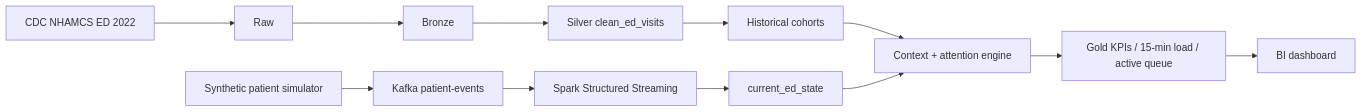
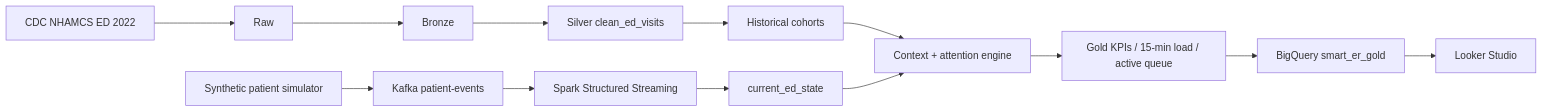
Before and after one commit to shachar-datalabs/Smart_Emergency_Room: the diagram in README.md, drawn with Mermaid. The commit also changed other lines of this file and 19 other files, not shown here.

Commit message:
feat: integrate BigQuery Gold with streaming demo

````diff
--- a/README.md
+++ b/README.md
@@ -21,14 +21,15 @@
 ```mermaid
 flowchart LR
   NH[CDC NHAMCS ED 2022] --> R[Raw]
   R --> B[Bronze]
   B --> S[Silver clean_ed_visits]
   S --> C[Historical cohorts]
   SIM[Synthetic patient simulator] --> K[Kafka patient-events]
   K --> SP[Spark Structured Streaming]
   SP --> ST[current_ed_state]
   C --> CE[Context + attention engine]
   ST --> CE
   CE --> G[Gold KPIs / 15-min load / active queue]
-  G --> BI[BI dashboard]
+  G --> BQ[BigQuery smart_er_gold]
+  BQ --> BI[Looker Studio]
 ```
````
